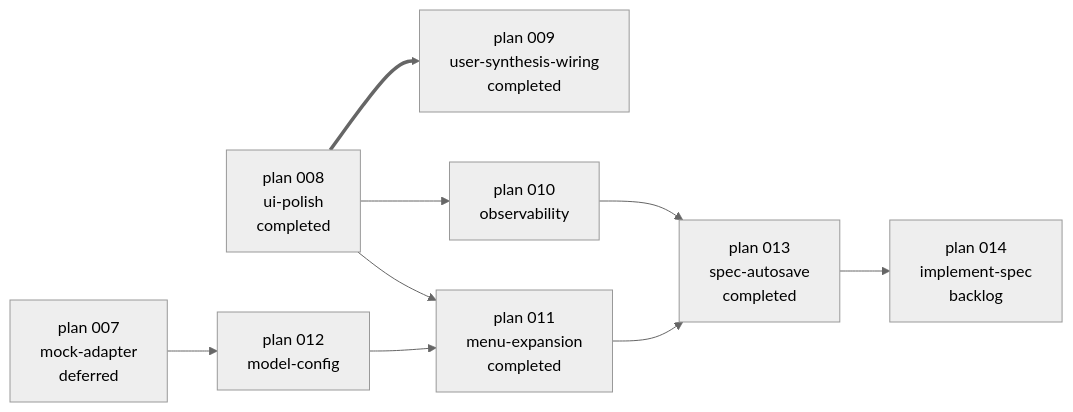
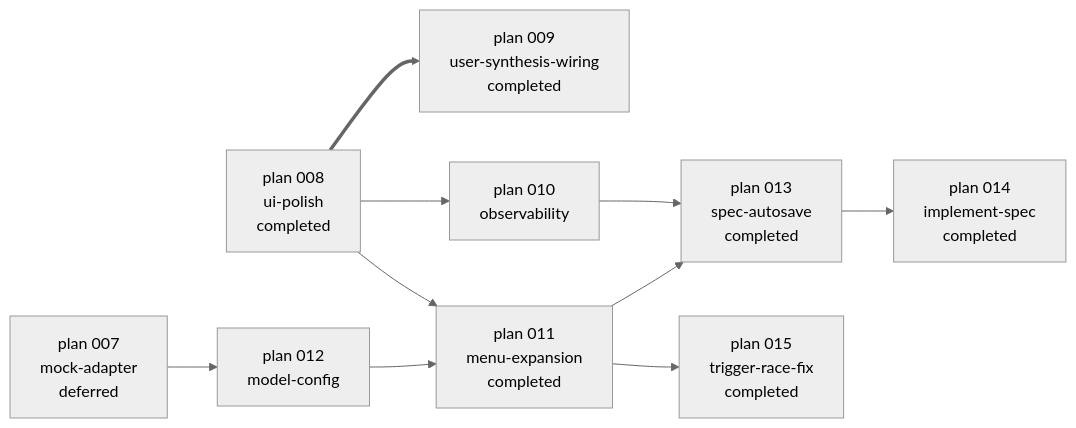
Before and after one commit to shinjw4929/Dialectic-CLI: the diagram in docs/dev-docs/Plans/upcoming-plans.md, drawn with Mermaid (neutral theme). The commit also changed other lines of this file and 1 other file, not shown here.

First line of the commit message:
Sync Documentation-Checklist and upcoming-plans for plan 014+015

````diff
--- a/docs/dev-docs/Plans/upcoming-plans.md
+++ b/docs/dev-docs/Plans/upcoming-plans.md
@@ -16,20 +16,22 @@
 ```mermaid
 flowchart LR
     P008[plan 008<br/>ui-polish<br/>completed]
     P007[plan 007<br/>mock-adapter<br/>deferred]
     P009[plan 009<br/>user-synthesis-wiring<br/>completed]
     P010[plan 010<br/>observability]
     P011[plan 011<br/>menu-expansion<br/>completed]
     P012[plan 012<br/>model-config]
     P013[plan 013<br/>spec-autosave<br/>completed]
-    P014[plan 014<br/>implement-spec<br/>backlog]
+    P014[plan 014<br/>implement-spec<br/>completed]
+    P015[plan 015<br/>trigger-race-fix<br/>completed]
 
     P008 ==> P009
     P008 --> P010
     P008 --> P011
     P007 --> P012
     P012 --> P011
     P011 --> P013
     P010 --> P013
     P013 --> P014
+    P011 --> P015
 ```
````
